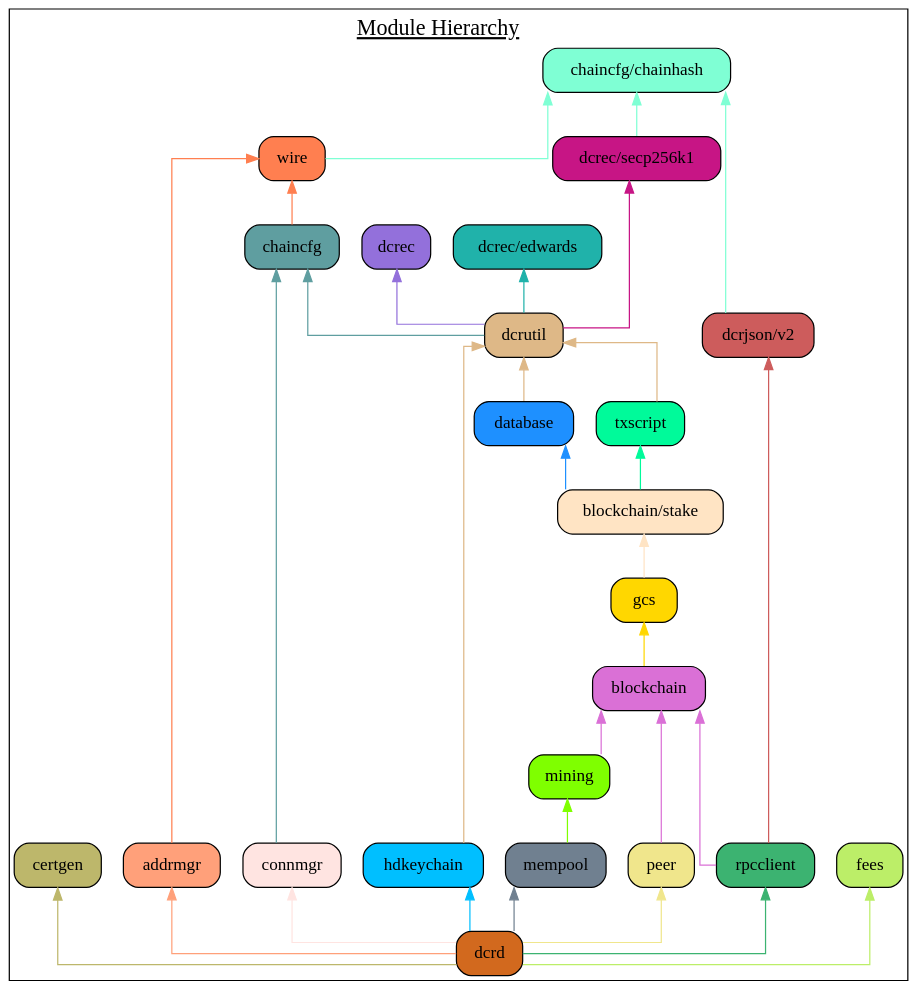
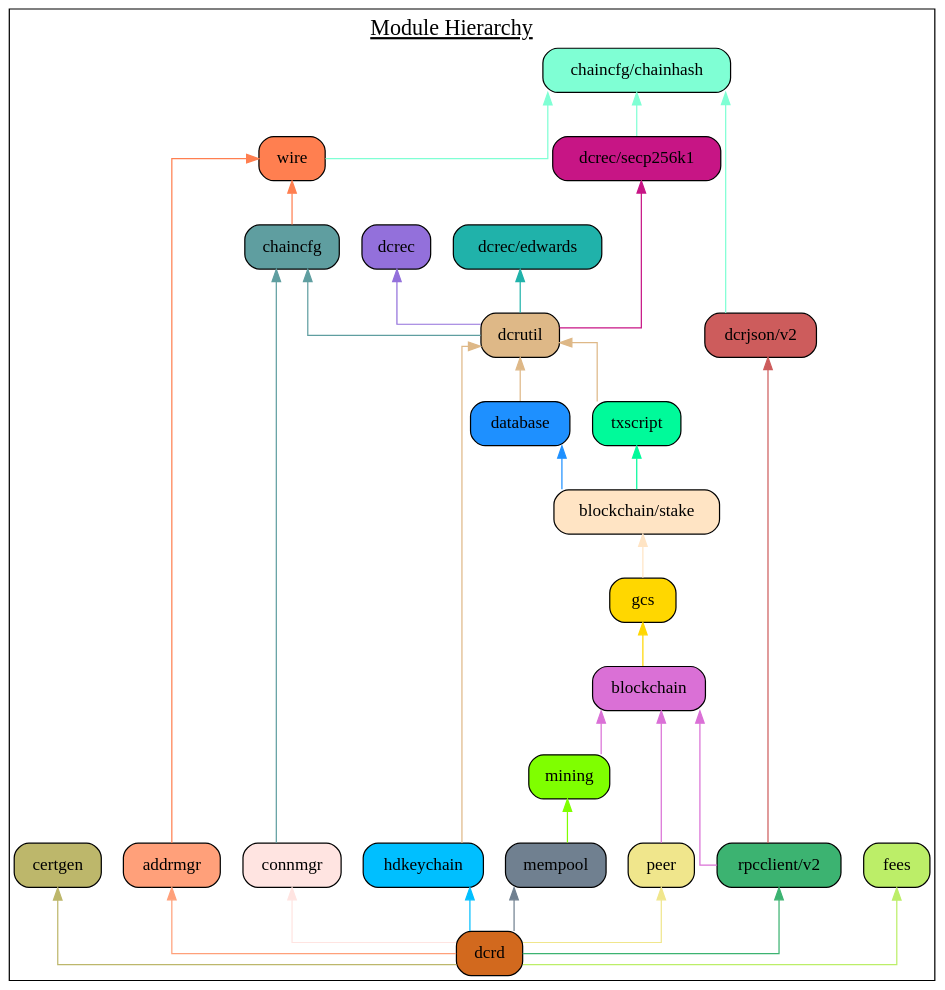
The diagram in docs/assets/module_hierarchy.gv (decred/dcrd), drawn with Graphviz before and after one commit. The commit also changed 2 other files, not shown here.

Commit message:
docs: Update for rpcclient v2 module.
This updates the docs/README.md file, module hierarchy graphviz, and
module hierarchy diagram to reflect the new module version

```diff
--- a/docs/assets/module_hierarchy.gv
+++ b/docs/assets/module_hierarchy.gv
@@ -1,63 +1,63 @@
 digraph {
 	graph [splines=ortho colorscheme=svg label=<<u>Module Hierarchy</u>> labelloc=t fontsize=18.0]
 	node [shape=box style="filled, rounded"]
 
 	certgen [label="certgen" fillcolor=darkkhaki]
 	chainhash [label="chaincfg/chainhash" fillcolor=aquamarine]
 	dcrjson [label="dcrjson/v2" fillcolor=indianred]
 	wire [label="wire" fillcolor=coral]
 	addrmgr [label="addrmgr" fillcolor=lightsalmon]
 	chaincfg [label="chaincfg" fillcolor=cadetblue]
 	connmgr [label="connmgr" fillcolor=mistyrose]
 	dcrec [label="dcrec" fillcolor=mediumpurple]
 	edwards [label="dcrec/edwards" fillcolor=lightseagreen]
 	secp256k1 [label="dcrec/secp256k1" fillcolor=mediumvioletred]
 	dcrutil [label="dcrutil" fillcolor=burlywood]
 	database [label="database" fillcolor=dodgerblue]
 	hdkeychain [label="hdkeychain" fillcolor=deepskyblue]
 	txscript [label="txscript" fillcolor=mediumspringgreen]
 	stake [label="blockchain/stake" fillcolor=bisque]
 	gcs [label="gcs" fillcolor=gold]
 	blockchain [label="blockchain" fillcolor=orchid]
 	mempool [label="mempool" fillcolor=slategray]
 	mining [label="mining" fillcolor=chartreuse]
 	peer [label="peer" fillcolor=khaki]
-	rpcclient [label="rpcclient" fillcolor=mediumseagreen]
+	rpcclient [label="rpcclient/v2" fillcolor=mediumseagreen]
 	fees [label="fees" fillcolor=darkolivegreen2]
 	dcrd [label="dcrd" fillcolor=chocolate]
 
 	{rank=same connmgr addrmgr hdkeychain peer rpcclient mempool}
 
 	certgen
 	chainhash -> dcrjson [dir=back color=aquamarine]
 	chainhash -> wire [dir=back color=aquamarine]
 	wire -> addrmgr [dir=back color=coral]
 	wire -> chaincfg [dir=back color=coral]
 	chaincfg -> connmgr [dir=back color=cadetblue]
 	chainhash -> secp256k1 [dir=back color=aquamarine]
 	chaincfg -> dcrutil [dir=back color=cadetblue]
 	dcrec -> dcrutil [dir=back color=mediumpurple]
 	edwards ->  dcrutil [dir=back color=lightseagreen]
 	secp256k1 ->  dcrutil [dir=back color=mediumvioletred]
 	dcrutil -> database [dir=back color=burlywood]
 	dcrutil -> hdkeychain [dir=back color=burlywood]
 	dcrutil -> txscript [dir=back color=burlywood]
 	database ->  stake [dir=back color=dodgerblue]
 	txscript -> stake [dir=back color=mediumspringgreen]
 	stake -> gcs [dir=back color=bisque]
 	gcs -> blockchain [dir=back color=gold]
 	blockchain -> mining [dir=back color=orchid]
 	mining -> mempool [dir=back color=chartreuse]
 	blockchain -> peer [dir=back color=orchid]
 	blockchain -> rpcclient [dir=back color=orchid]
 	dcrjson -> rpcclient [dir=back color=indianred]
 
 	fees -> dcrd [dir=back color=darkolivegreen2]
 	mempool -> dcrd [dir=back color=slategray]
 	certgen -> dcrd [dir=back color=darkkhaki]
 	addrmgr -> dcrd [dir=back color=lightsalmon]
 	hdkeychain -> dcrd [dir=back color=deepskyblue]
 	connmgr -> dcrd [dir=back color=mistyrose]
 	rpcclient -> dcrd [dir=back color=mediumseagreen]
 	peer -> dcrd [dir=back color=khaki]
 }
```
